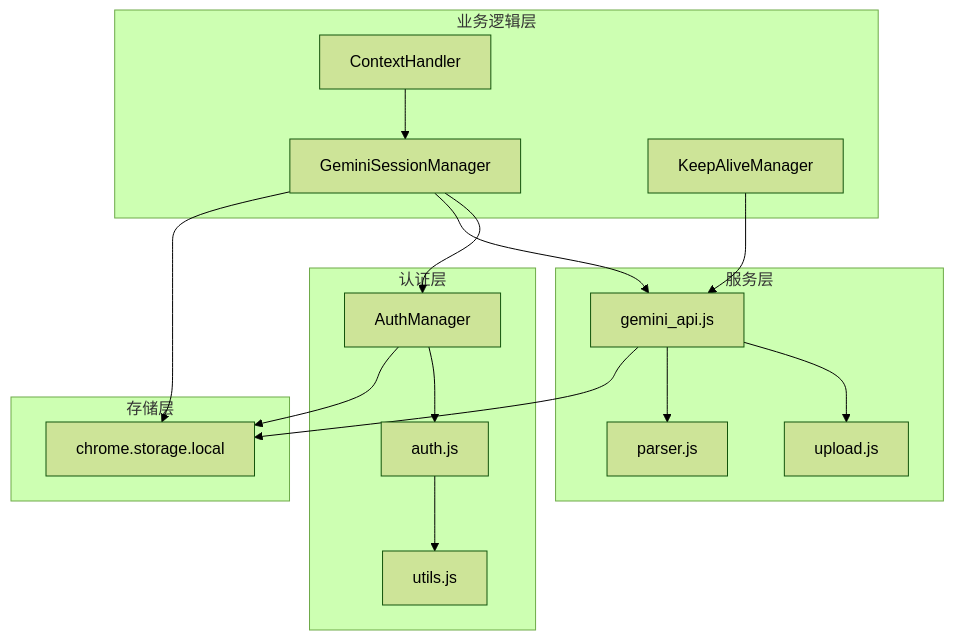
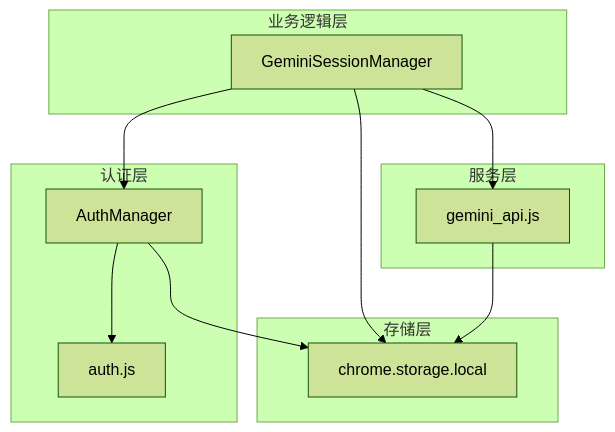
The sixth of 6 diagrams in .qoder/repowiki/zh/content/核心模块/认证管理器.md (SEVENTEEN-TAN/gemini-nexus), drawn with Mermaid (forest theme) before and after one commit. The commit also changed other lines of this file and 17 other files, not shown here.

````diff
--- a/.qoder/repowiki/zh/content/核心模块/认证管理器.md
+++ b/.qoder/repowiki/zh/content/核心模块/认证管理器.md
@@ -284,32 +271,22 @@
 ```mermaid
 graph TB
 subgraph "认证层"
 AM[AuthManager]
 AU[auth.js]
-UT[utils.js]
 end
 subgraph "业务逻辑层"
 SM[GeminiSessionManager]
-CH[ContextHandler]
-KA[KeepAliveManager]
 end
 subgraph "服务层"
 GA[gemini_api.js]
-UP[upload.js]
-PR[parser.js]
 end
 subgraph "存储层"
 CS[chrome.storage.local]
 end
 AM --> AU
-AU --> UT
 SM --> AM
 SM --> GA
-CH --> SM
-KA --> GA
-GA --> UP
-GA --> PR
 AM --> CS
 SM --> CS
 GA --> CS
 ```
````
